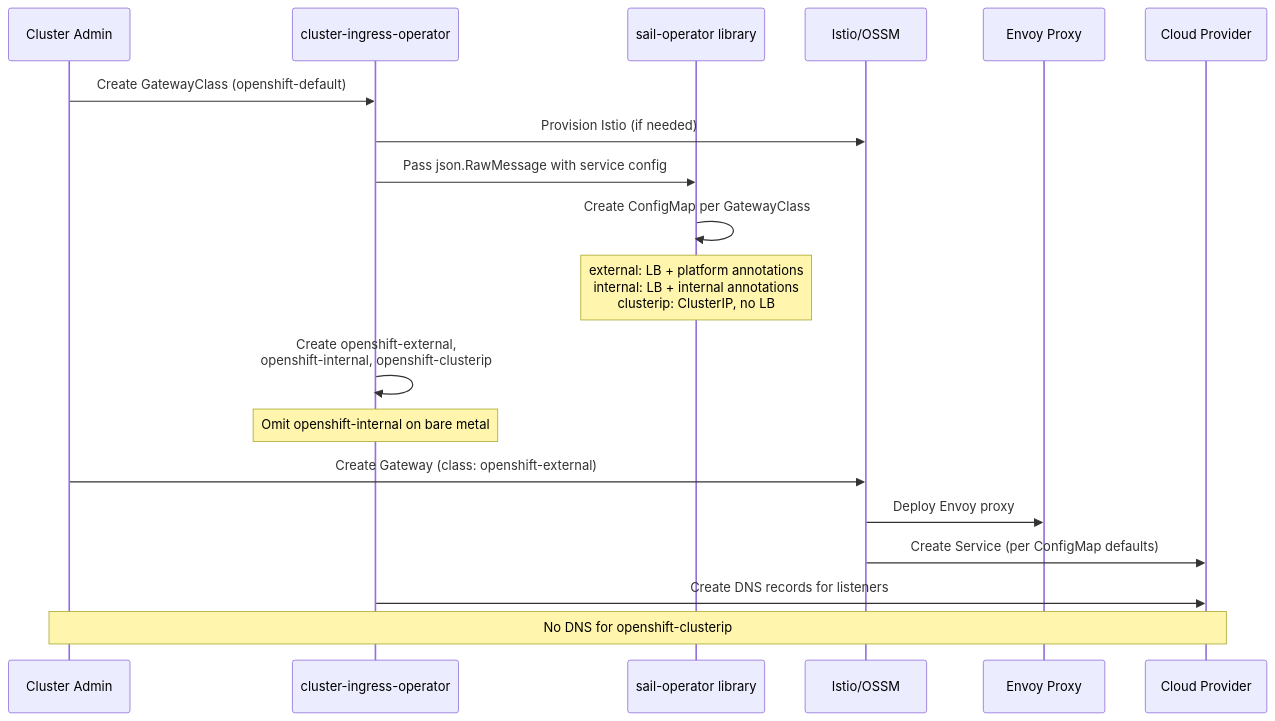
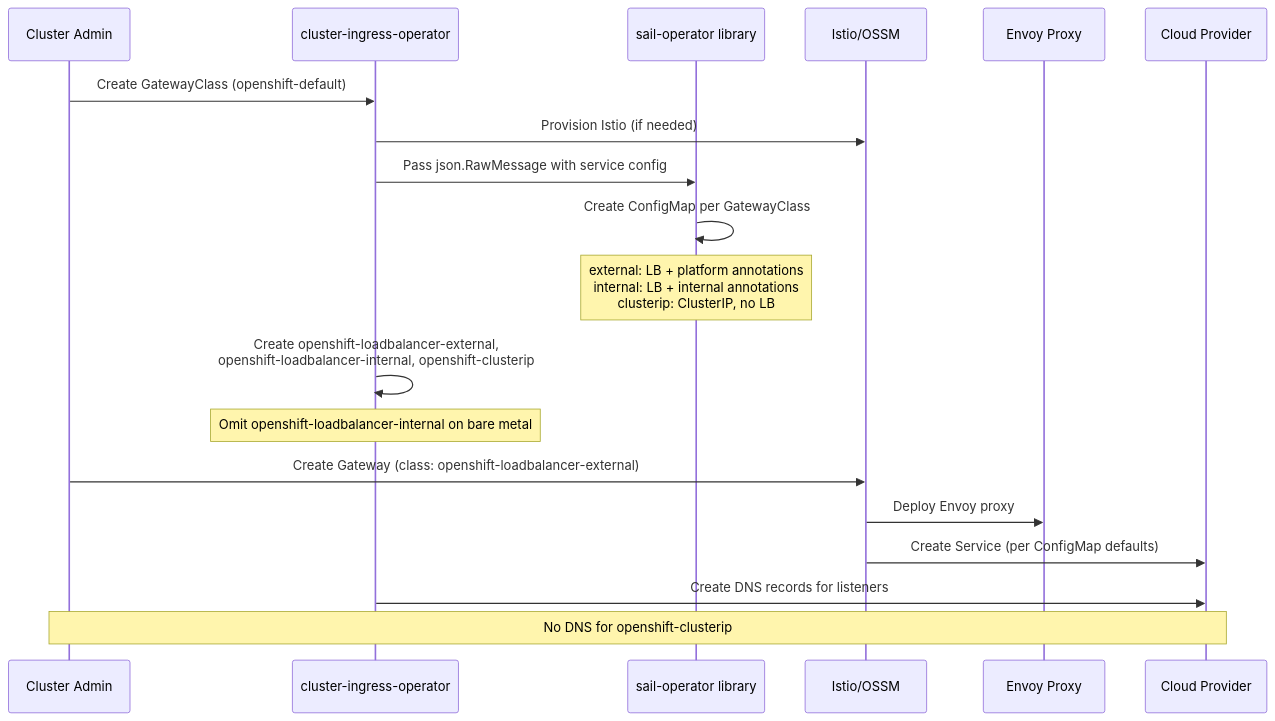
Before and after one commit to openshift/enhancements: the diagram in enhancements/ingress/gateway-api-gatewayclass-service-profiles.md, drawn with Mermaid. The commit also changed other lines of this file, not shown here.

````diff
--- a/enhancements/ingress/gateway-api-gatewayclass-service-profiles.md
+++ b/enhancements/ingress/gateway-api-gatewayclass-service-profiles.md
@@ -263,24 +266,24 @@
 ```mermaid
 sequenceDiagram
     participant Admin as Cluster Admin
     participant CIO as cluster-ingress-operator
     participant Sail as sail-operator library
     participant Istio as Istio/OSSM
     participant Envoy as Envoy Proxy
     participant Cloud as Cloud Provider
 
     Admin->>CIO: Create GatewayClass (openshift-default)
     CIO->>Istio: Provision Istio (if needed)
     CIO->>Sail: Pass json.RawMessage with service config
     Sail->>Sail: Create ConfigMap per GatewayClass
     Note over Sail: external: LB + platform annotations<br/>internal: LB + internal annotations<br/>clusterip: ClusterIP, no LB
-    CIO->>CIO: Create openshift-external,<br/>openshift-internal, openshift-clusterip
-    Note over CIO: Omit openshift-internal on bare metal
+    CIO->>CIO: Create openshift-loadbalancer-external,<br/>openshift-loadbalancer-internal, openshift-clusterip
+    Note over CIO: Omit openshift-loadbalancer-internal on bare metal
 
-    Admin->>Istio: Create Gateway (class: openshift-external)
+    Admin->>Istio: Create Gateway (class: openshift-loadbalancer-external)
     Istio->>Envoy: Deploy Envoy proxy
     Istio->>Cloud: Create Service (per ConfigMap defaults)
     CIO->>Cloud: Create DNS records for listeners
 
     Note over Admin,Cloud: No DNS for openshift-clusterip
 ```
````
